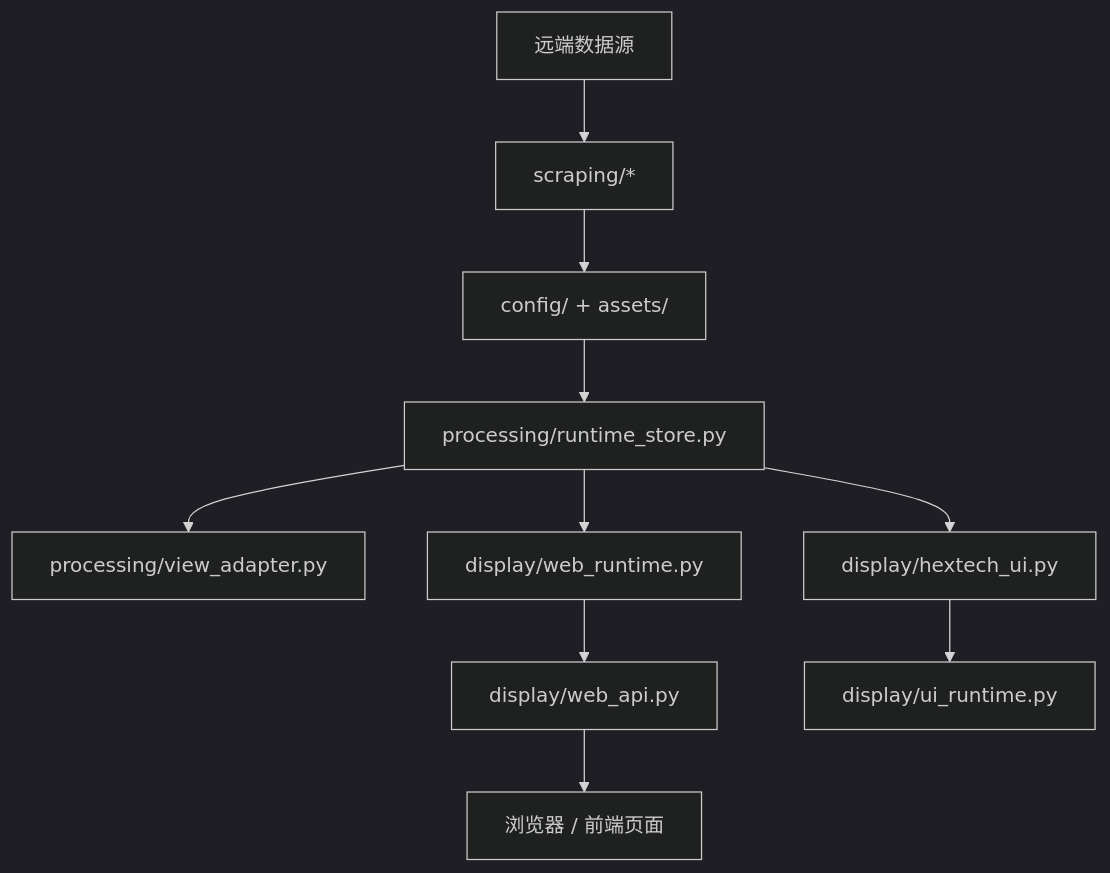
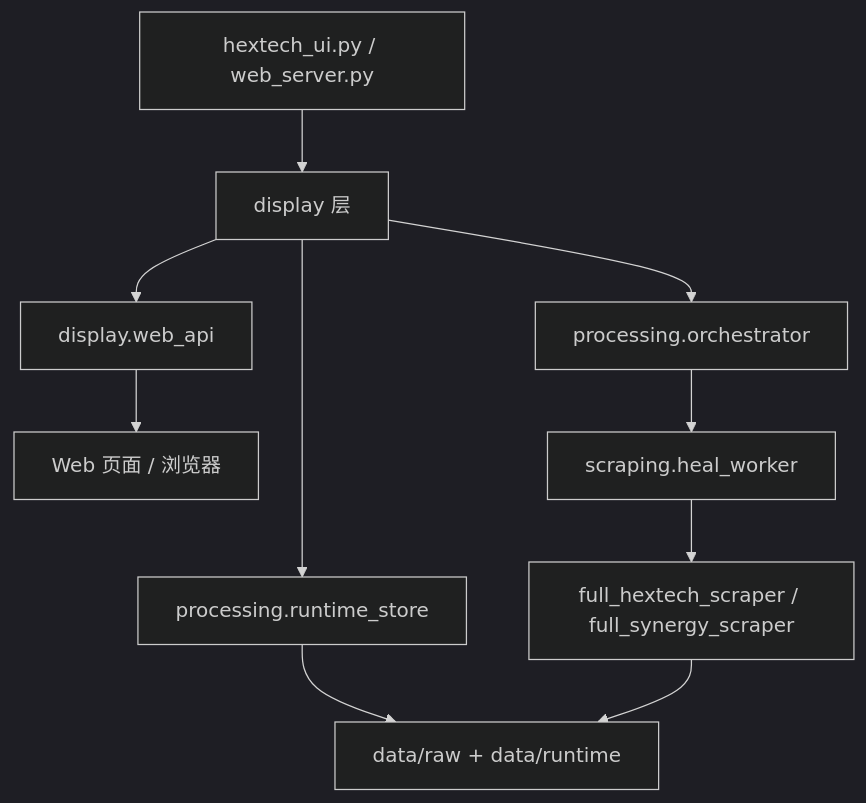
The diagram in run/PROJECT.md (fadfasfa/claude-code-test), drawn with Mermaid (dark theme) before and after one commit. The commit also changed other lines of this file and 45 other files, not shown here.

````diff
--- a/run/PROJECT.md
+++ b/run/PROJECT.md
@@ -56,12 +120,12 @@
 ```mermaid
 flowchart TD
-    A["远端数据源"] --> B["scraping/*"]
-    B --> C["config/ + assets/"]
-    C --> D["processing/runtime_store.py"]
-    D --> E["processing/view_adapter.py"]
-    D --> F["display/web_runtime.py"]
-    F --> G["display/web_api.py"]
-    G --> H["浏览器 / 前端页面"]
-    D --> I["display/hextech_ui.py"]
-    I --> J["display/ui_runtime.py"]
+    A[hextech_ui.py / web_server.py] --> B[display 层]
+    B --> C[processing.runtime_store]
+    C --> D[data/raw + data/runtime]
+    B --> E[display.web_api]
+    E --> F[Web 页面 / 浏览器]
+    B --> G[processing.orchestrator]
+    G --> H[scraping.heal_worker]
+    H --> I[full_hextech_scraper / full_synergy_scraper]
+    I --> D
 ```
````
